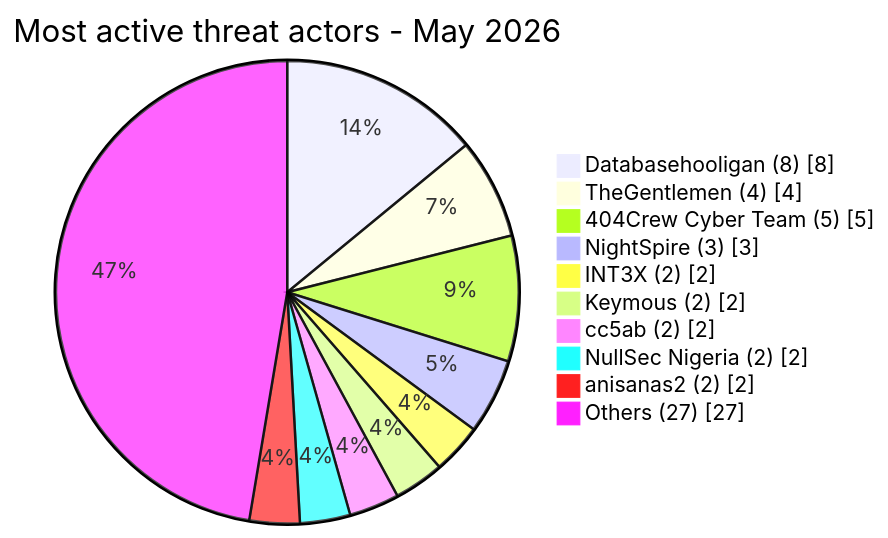
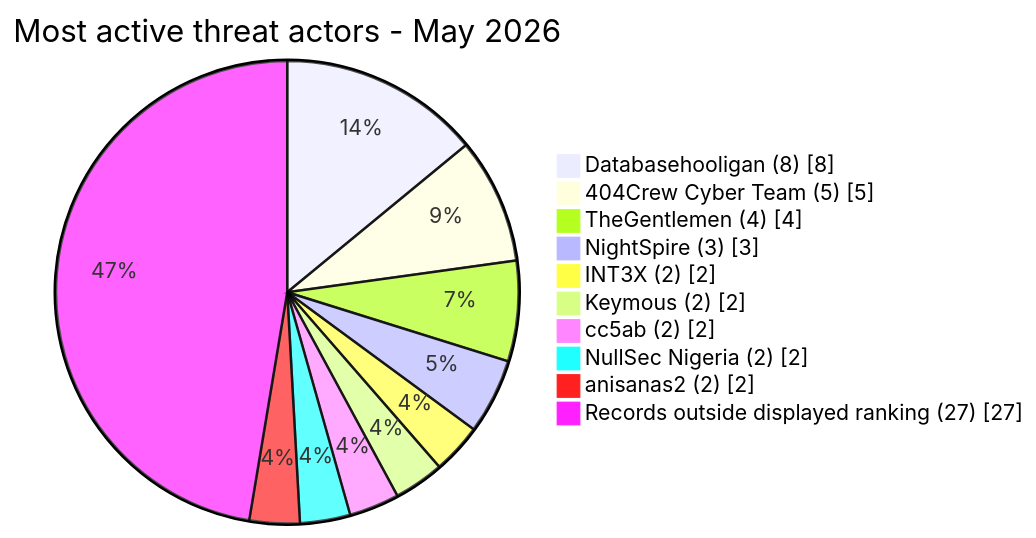
Before and after one commit to Hatchepsoute/AFRINTEL: the fourth of 4 diagrams in CyberAttackAfrica/2026/05-may/README.md, drawn with Mermaid. The commit also changed other lines of this file and 39 other files, not shown here.

````diff
--- a/CyberAttackAfrica/2026/05-may/README.md
+++ b/CyberAttackAfrica/2026/05-may/README.md
@@ -214,14 +222,14 @@
 ```mermaid
 pie showData
  title Most active threat actors - May 2026
  "Databasehooligan (8)" : 8
+ "404Crew Cyber Team (5)" : 5
  "TheGentlemen (4)" : 4
- "404Crew Cyber Team (5)" : 5
  "NightSpire (3)" : 3
  "INT3X (2)" : 2
  "Keymous (2)" : 2
  "cc5ab (2)" : 2
  "NullSec Nigeria (2)" : 2
  "anisanas2 (2)" : 2
- "Others (27)" : 27
+ "Records outside displayed ranking (27)" : 27
 ```
````
